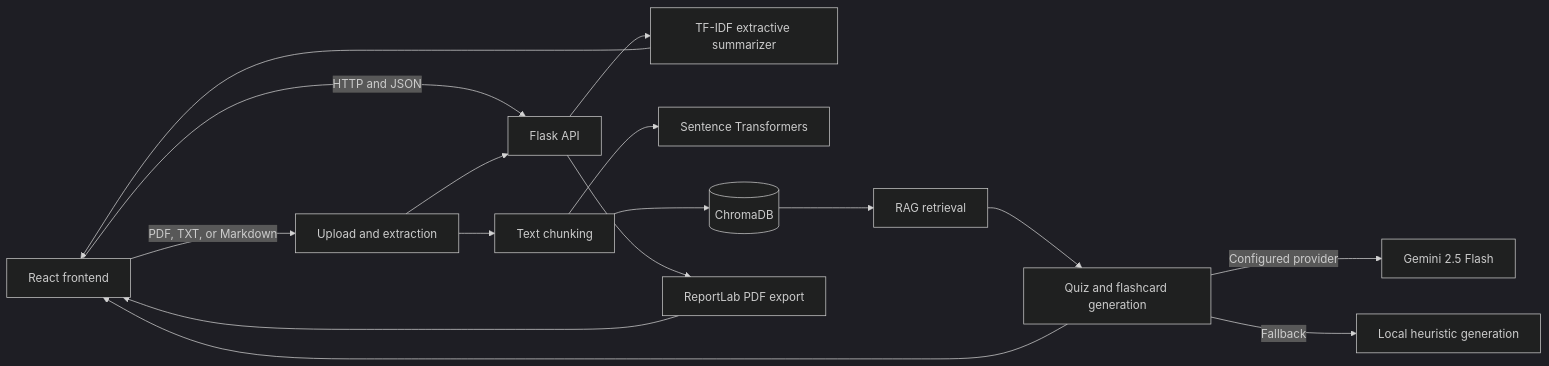
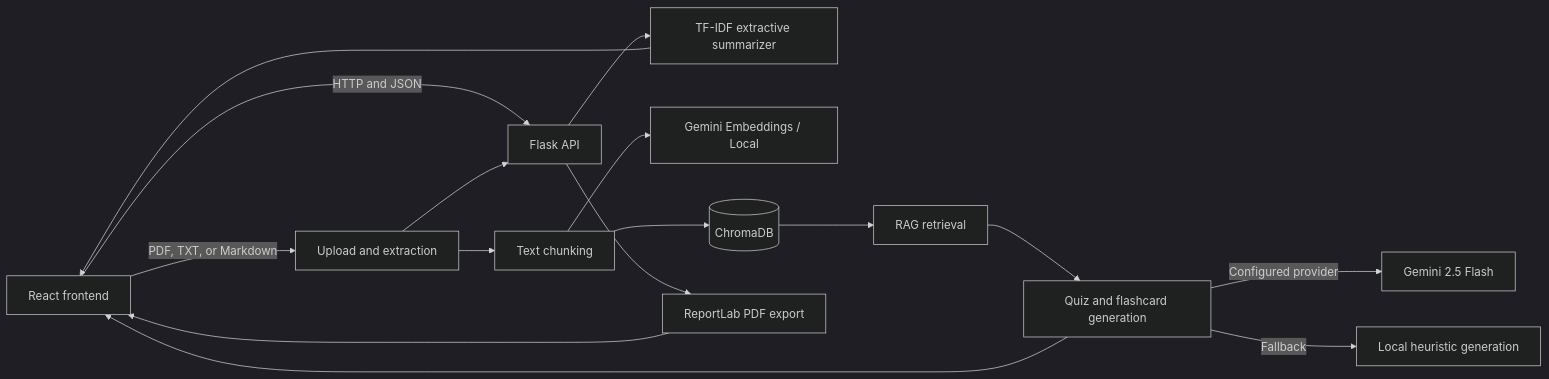
One commit to srikanthreddy22/Gen-AI-project changed the diagram in README.md. Above: the diagram before and after it, drawn with Mermaid (dark theme). The commit also changed other lines of this file and 36 other files, not shown here.

Commit message:
Optimize backend for Render 512MB tier with Gemini-first embeddings and cleanup

````diff
--- a/README.md
+++ b/README.md
@@ -89,18 +89,18 @@
 ```mermaid
 flowchart LR
     Browser[React frontend] -->|HTTP and JSON| API[Flask API]
     Browser -->|PDF, TXT, or Markdown| Upload[Upload and extraction]
     Upload --> API
     API --> Summary[TF-IDF extractive summarizer]
     Upload --> Chunk[Text chunking]
-    Chunk --> Embeddings[Sentence Transformers]
+    Chunk --> Embeddings[Gemini Embeddings / Local]
     Chunk --> Store[(ChromaDB)]
     Store --> Retrieve[RAG retrieval]
     Retrieve --> Generation[Quiz and flashcard generation]
     Generation -->|Configured provider| LLM[Gemini 2.5 Flash]
     Generation -->|Fallback| LocalGen[Local heuristic generation]
     API --> Export[ReportLab PDF export]
     Summary --> Browser
     Generation --> Browser
     Export --> Browser
 ```
````
